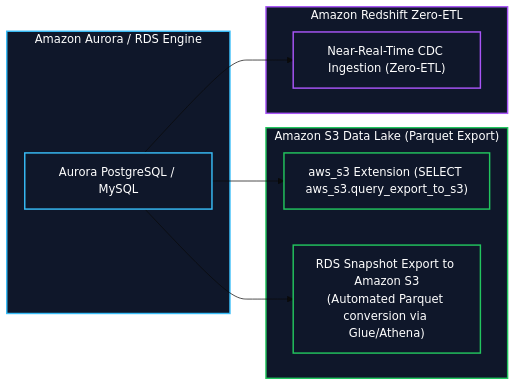
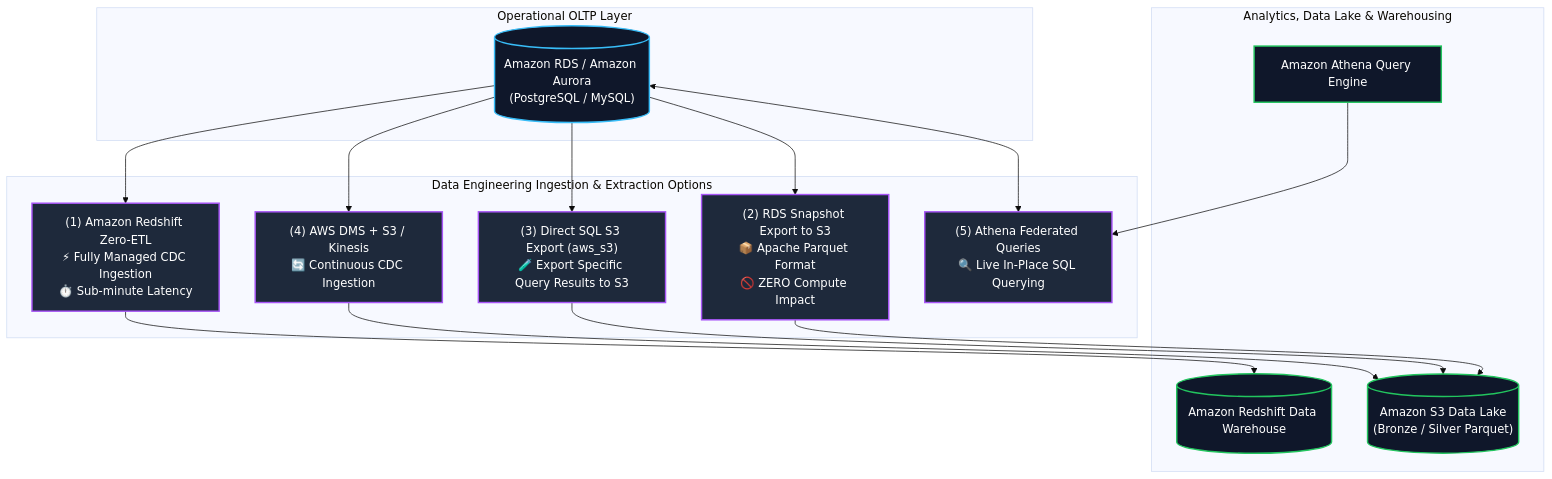
The fifth of 6 diagrams in content/mm/02-services/database/rds-and-aurora.md (Wathon/aws-dea-c01-note), drawn with Mermaid (base theme) before and after one commit. The commit also changed other lines of this file and 41 other files, not shown here.

````diff
--- a/content/mm/02-services/database/rds-and-aurora.md
+++ b/content/mm/02-services/database/rds-and-aurora.md
@@ -129,27 +265,35 @@
 ```mermaid
-graph LR
-    subgraph OperationalDB["Amazon Aurora / RDS Engine"]
-        AuroraEngine["Aurora PostgreSQL / MySQL"]
+graph TD
+    subgraph OperationalLayer["Operational OLTP Layer"]
+        RDS_Aurora[("Amazon RDS / Amazon Aurora<br/>(PostgreSQL / MySQL)")]
     end
 
-    subgraph S3Integration["Amazon S3 Data Lake (Parquet Export)"]
-        DirectSQL["aws_s3 Extension (SELECT aws_s3.query_export_to_s3)"]
-        SnapshotExport["RDS Snapshot Export to Amazon S3<br/>(Automated Parquet conversion via Glue/Athena)"]
+    subgraph DataEngineeringPipelines["Data Engineering Ingestion & Extraction Options"]
+        Option1["(1) Amazon Redshift Zero-ETL<br/>⚡ Fully Managed CDC Ingestion<br/>⏱️ Sub-minute Latency"]
+        Option2["(2) RDS Snapshot Export to S3<br/>📦 Apache Parquet Format<br/>🚫 ZERO Compute Impact"]
+        Option3["(3) Direct SQL S3 Export (aws_s3)<br/>🧪 Export Specific Query Results to S3"]
+        Option4["(4) AWS DMS + S3 / Kinesis<br/>🔄 Continuous CDC Ingestion"]
+        Option5["(5) Athena Federated Queries<br/>🔍 Live In-Place SQL Querying"]
     end
 
-    subgraph RedshiftIntegration["Amazon Redshift Zero-ETL"]
-        ZeroETLChannel["Near-Real-Time CDC Ingestion (Zero-ETL)"]
+    subgraph AnalyticsLayer["Analytics, Data Lake & Warehousing"]
+        RedshiftDW[("Amazon Redshift Data Warehouse")]
+        S3DataLake[("Amazon S3 Data Lake<br/>(Bronze / Silver Parquet)")]
+        AthenaQuery["Amazon Athena Query Engine"]
     end
 
-    AuroraEngine --> DirectSQL
-    AuroraEngine --> SnapshotExport
-    AuroraEngine --> ZeroETLChannel
+    RDS_Aurora --> Option1 --> RedshiftDW
+    RDS_Aurora --> Option2 --> S3DataLake
+    RDS_Aurora --> Option3 --> S3DataLake
+    RDS_Aurora --> Option4 --> S3DataLake
+    RDS_Aurora <--> Option5
+    AthenaQuery --> Option5
 
-    classDef db fill:#0f172a,stroke:#38bdf8,stroke-width:2px,color:#fff;
-    classDef s3 fill:#0f172a,stroke:#22c55e,stroke-width:2px,color:#fff;
-    classDef rs fill:#0f172a,stroke:#a855f7,stroke-width:2px,color:#fff;
+    classDef rds fill:#0f172a,stroke:#38bdf8,stroke-width:2px,color:#fff;
+    classDef pipe fill:#1e293b,stroke:#a855f7,stroke-width:2px,color:#fff;
+    classDef lake fill:#0f172a,stroke:#22c55e,stroke-width:2px,color:#fff;
 
-    class OperationalDB,AuroraEngine db;
-    class S3Integration,DirectSQL,SnapshotExport s3;
-    class RedshiftIntegration,ZeroETLChannel rs;
+    class RDS_Aurora rds;
+    class Option1,Option2,Option3,Option4,Option5 pipe;
+    class RedshiftDW,S3DataLake,AthenaQuery lake;
 ```
````
